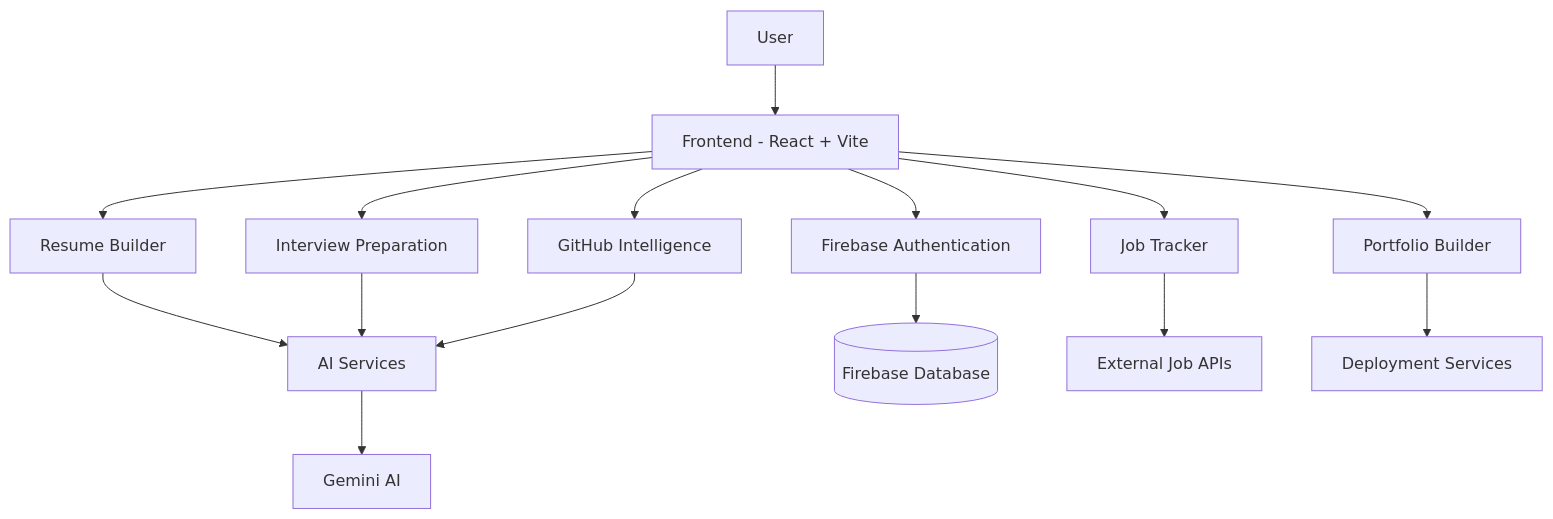
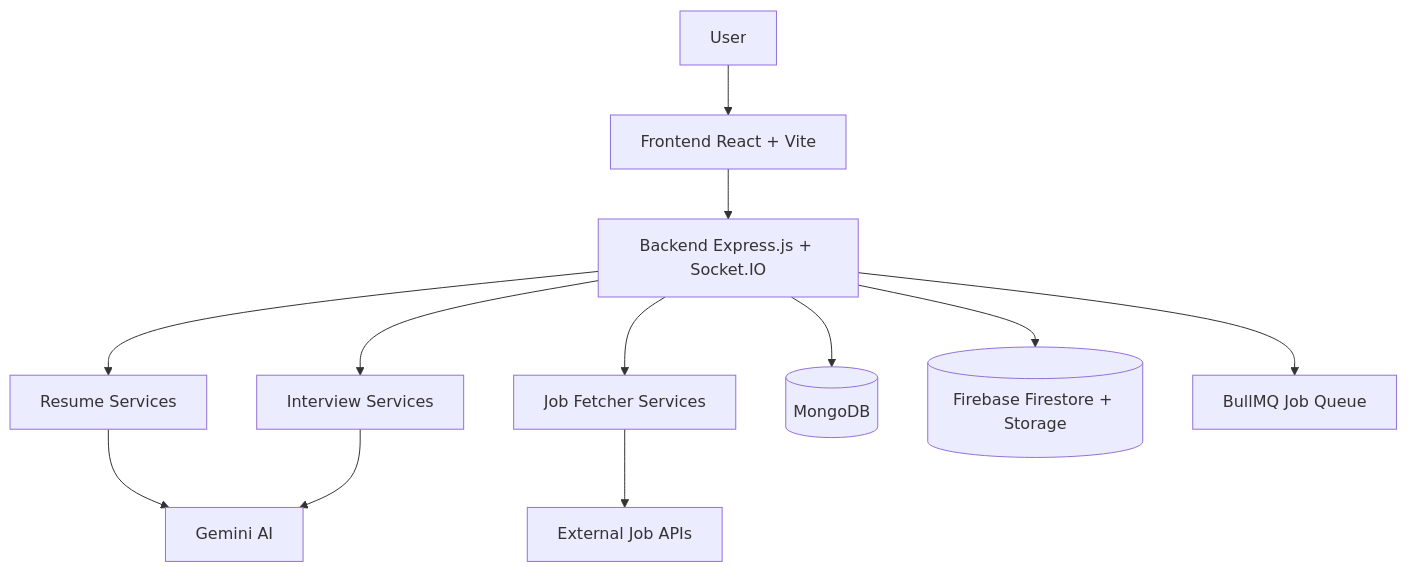
Before and after one commit to anurag3407/career-pilot: the diagram in ARCHITECTURE.md, drawn with Mermaid. The commit also changed other lines of this file, not shown here.

Commit message:
docs: improve architecture flow diagram

````diff
--- a/ARCHITECTURE.md
+++ b/ARCHITECTURE.md
@@ -1083,23 +1079,20 @@
 ```mermaid
 flowchart TD
-    U[User] --> F[Frontend - React + Vite]
+    U[User] --> FE[Frontend React + Vite]
 
-    F --> R[Resume Builder]
-    F --> P[Portfolio Builder]
-    F --> J[Job Tracker]
-    F --> I[Interview Preparation]
-    F --> G[GitHub Intelligence]
+    FE --> BE[Backend Express.js + Socket.IO]
 
-    R --> AI[AI Services]
-    I --> AI
-    G --> AI
+    BE --> RS[Resume Services]
+    BE --> JS[Job Fetcher Services]
+    BE --> IS[Interview Services]
 
-    AI --> GEM[Gemini AI]
+    RS --> AI[Gemini AI]
+    IS --> AI
 
-    F --> AUTH[Firebase Authentication]
-    AUTH --> DB[(Firebase Database)]
+    JS --> API[External Job APIs]
 
-    J --> API[External Job APIs]
+    BE --> MDB[(MongoDB)]
+    BE --> FB[(Firebase Firestore + Storage)]
 
-    P --> DEPLOY[Deployment Services]
+    BE --> MQ[BullMQ Job Queue]
 ```
````
